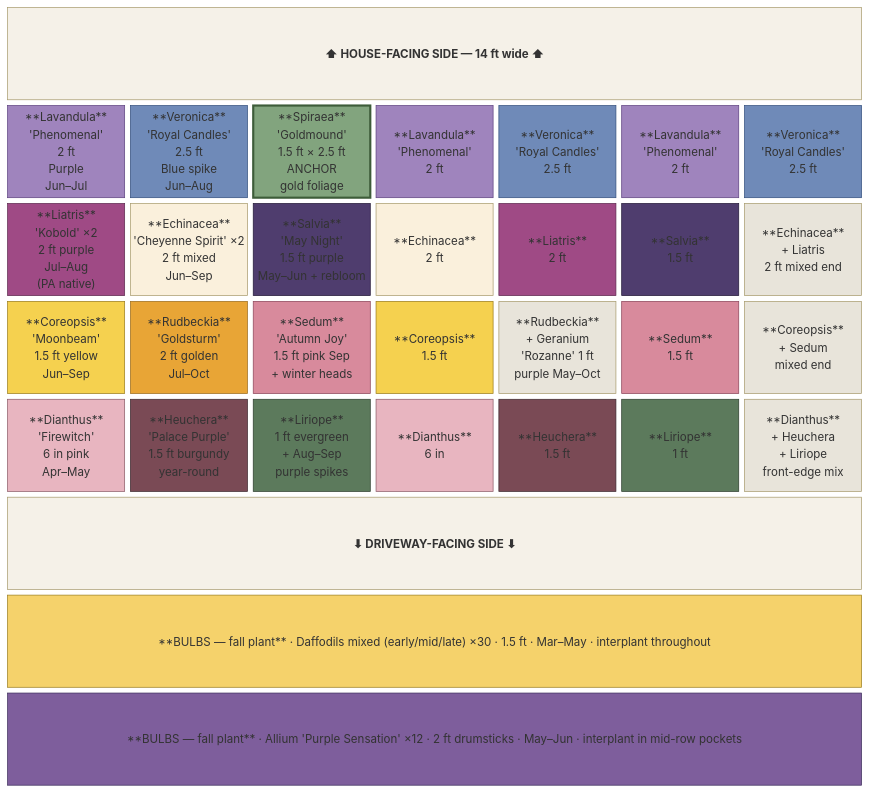
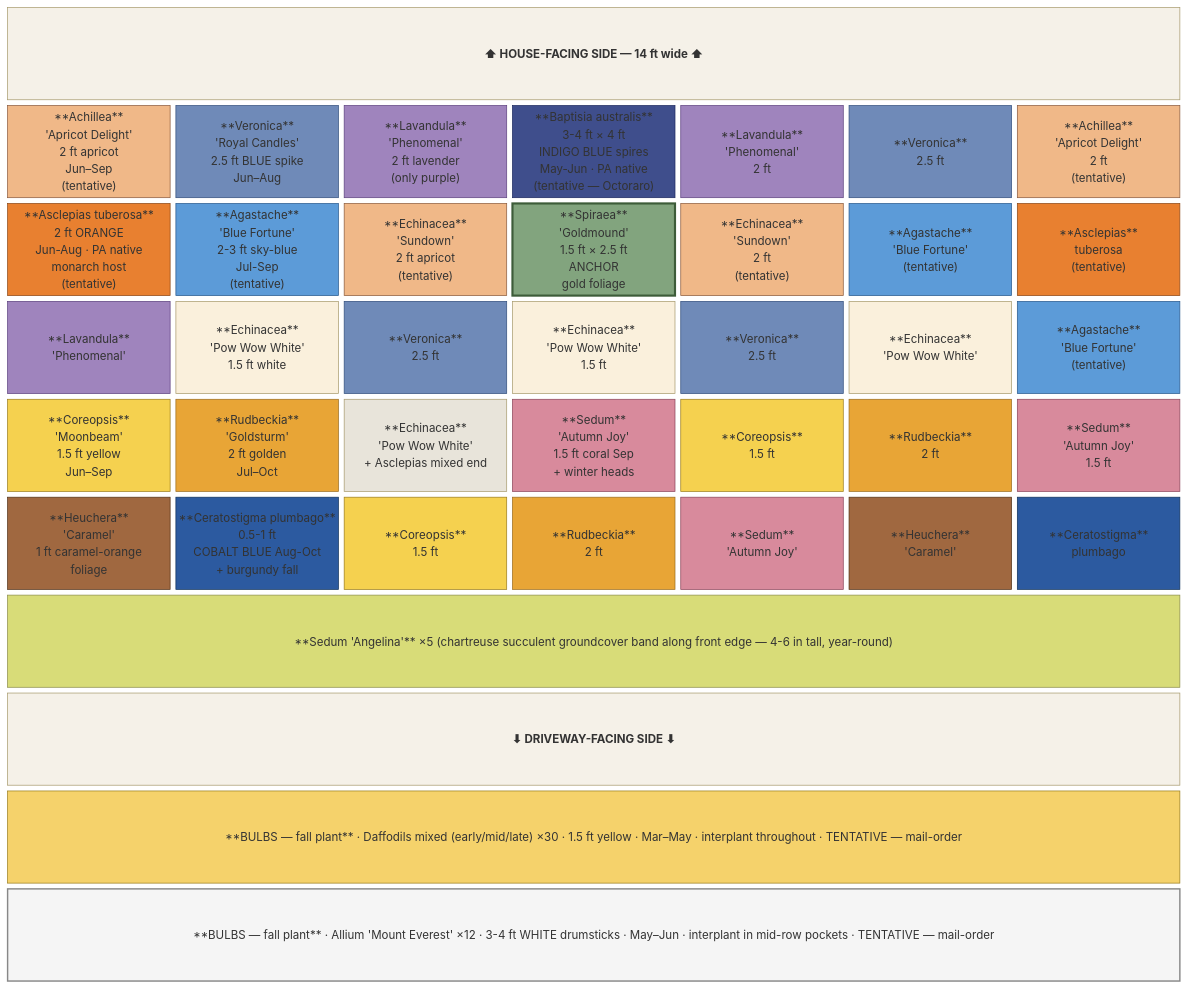
The diagram in plan_layouts/top_layout.mmd (jyaunches/groundplan), drawn with Mermaid before and after one commit. The commit also changed 4 other files, not shown here.

```diff
--- a/plan_layouts/top_layout.mmd
+++ b/plan_layouts/top_layout.mmd
@@ -1,94 +1,115 @@
 ---
-title: Top of driveway bed — 14 ft × 5 ft (drip irrigation possible)
+title: Top of driveway bed — 14 ft × 5 ft — revised palette (lavender + blue + apricot + yellow + white)
 ---
 block-beta
   columns 7
 
   house["⬆ HOUSE-FACING SIDE — 14 ft wide ⬆"]:7
 
-  tb1["**Lavandula**<br/>'Phenomenal'<br/>2 ft<br/>Purple<br/>Jun–Jul"]:1
-  tb2["**Veronica**<br/>'Royal Candles'<br/>2.5 ft<br/>Blue spike<br/>Jun–Aug"]:1
-  tb3["**Spiraea**<br/>'Goldmound'<br/>1.5 ft × 2.5 ft<br/>ANCHOR<br/>gold foliage"]:1
-  tb4["**Lavandula**<br/>'Phenomenal'<br/>2 ft"]:1
-  tb5["**Veronica**<br/>'Royal Candles'<br/>2.5 ft"]:1
-  tb6["**Lavandula**<br/>'Phenomenal'<br/>2 ft"]:1
-  tb7["**Veronica**<br/>'Royal Candles'<br/>2.5 ft"]:1
+  tb1["**Achillea**<br/>'Apricot Delight'<br/>2 ft apricot<br/>Jun–Sep<br/>(tentative)"]:1
+  tb2["**Veronica**<br/>'Royal Candles'<br/>2.5 ft BLUE spike<br/>Jun–Aug"]:1
+  tb3["**Lavandula**<br/>'Phenomenal'<br/>2 ft lavender<br/>(only purple)"]:1
+  tb4["**Baptisia australis**<br/>3-4 ft × 4 ft<br/>INDIGO BLUE spires<br/>May-Jun · PA native<br/>(tentative — Octoraro)"]:1
+  tb5["**Lavandula**<br/>'Phenomenal'<br/>2 ft"]:1
+  tb6["**Veronica**<br/>2.5 ft"]:1
+  tb7["**Achillea**<br/>'Apricot Delight'<br/>2 ft<br/>(tentative)"]:1
 
-  tm1["**Liatris**<br/>'Kobold' ×2<br/>2 ft purple<br/>Jul–Aug<br/>(PA native)"]:1
-  tm2["**Echinacea**<br/>'Cheyenne Spirit' ×2<br/>2 ft mixed<br/>Jun–Sep"]:1
-  tm3["**Salvia**<br/>'May Night'<br/>1.5 ft purple<br/>May–Jun + rebloom"]:1
-  tm4["**Echinacea**<br/>2 ft"]:1
-  tm5["**Liatris**<br/>2 ft"]:1
-  tm6["**Salvia**<br/>1.5 ft"]:1
-  tm7["**Echinacea**<br/>+ Liatris<br/>2 ft mixed end"]:1
+  tm1["**Asclepias tuberosa**<br/>2 ft ORANGE<br/>Jun-Aug · PA native<br/>monarch host<br/>(tentative)"]:1
+  tm2["**Agastache**<br/>'Blue Fortune'<br/>2-3 ft sky-blue<br/>Jul-Sep<br/>(tentative)"]:1
+  tm3["**Echinacea**<br/>'Sundown'<br/>2 ft apricot<br/>(tentative)"]:1
+  tm4["**Spiraea**<br/>'Goldmound'<br/>1.5 ft × 2.5 ft<br/>ANCHOR<br/>gold foliage"]:1
+  tm5["**Echinacea**<br/>'Sundown'<br/>2 ft<br/>(tentative)"]:1
+  tm6["**Agastache**<br/>'Blue Fortune'<br/>(tentative)"]:1
+  tm7["**Asclepias**<br/>tuberosa<br/>(tentative)"]:1
+
+  tm_b1["**Lavandula**<br/>'Phenomenal'"]:1
+  tm_b2["**Echinacea**<br/>'Pow Wow White'<br/>1.5 ft white"]:1
+  tm_b3["**Veronica**<br/>2.5 ft"]:1
+  tm_b4["**Echinacea**<br/>'Pow Wow White'<br/>1.5 ft"]:1
+  tm_b5["**Veronica**<br/>2.5 ft"]:1
+  tm_b6["**Echinacea**<br/>'Pow Wow White'"]:1
+  tm_b7["**Agastache**<br/>'Blue Fortune'<br/>(tentative)"]:1
 
   tmf1["**Coreopsis**<br/>'Moonbeam'<br/>1.5 ft yellow<br/>Jun–Sep"]:1
   tmf2["**Rudbeckia**<br/>'Goldsturm'<br/>2 ft golden<br/>Jul–Oct"]:1
-  tmf3["**Sedum**<br/>'Autumn Joy'<br/>1.5 ft pink Sep<br/>+ winter heads"]:1
-  tmf4["**Coreopsis**<br/>1.5 ft"]:1
-  tmf5["**Rudbeckia**<br/>+ Geranium<br/>'Rozanne' 1 ft<br/>purple May–Oct"]:1
-  tmf6["**Sedum**<br/>1.5 ft"]:1
-  tmf7["**Coreopsis**<br/>+ Sedum<br/>mixed end"]:1
+  tmf3["**Echinacea**<br/>'Pow Wow White'<br/>+ Asclepias mixed end"]:1
+  tmf4["**Sedum**<br/>'Autumn Joy'<br/>1.5 ft coral Sep<br/>+ winter heads"]:1
+  tmf5["**Coreopsis**<br/>1.5 ft"]:1
+  tmf6["**Rudbeckia**<br/>2 ft"]:1
+  tmf7["**Sedum**<br/>'Autumn Joy'<br/>1.5 ft"]:1
 
-  tf1["**Dianthus**<br/>'Firewitch'<br/>6 in pink<br/>Apr–May"]:1
-  tf2["**Heuchera**<br/>'Palace Purple'<br/>1.5 ft burgundy<br/>year-round"]:1
-  tf3["**Liriope**<br/>1 ft evergreen<br/>+ Aug–Sep<br/>purple spikes"]:1
-  tf4["**Dianthus**<br/>6 in"]:1
-  tf5["**Heuchera**<br/>1.5 ft"]:1
-  tf6["**Liriope**<br/>1 ft"]:1
-  tf7["**Dianthus**<br/>+ Heuchera<br/>+ Liriope<br/>front-edge mix"]:1
+  tff1["**Heuchera**<br/>'Caramel'<br/>1 ft caramel-orange<br/>foliage"]:1
+  tff2["**Ceratostigma plumbago**<br/>0.5-1 ft<br/>COBALT BLUE Aug-Oct<br/>+ burgundy fall"]:1
+  tff3["**Coreopsis**<br/>1.5 ft"]:1
+  tff4["**Rudbeckia**<br/>2 ft"]:1
+  tff5["**Sedum**<br/>'Autumn Joy'"]:1
+  tff6["**Heuchera**<br/>'Caramel'"]:1
+  tff7["**Ceratostigma**<br/>plumbago"]:1
+
+  tf1["**Sedum 'Angelina'** ×5 (chartreuse succulent groundcover band along front edge — 4-6 in tall, year-round)"]:7
 
   drive["⬇ DRIVEWAY-FACING SIDE ⬇"]:7
 
-  bulbD["**BULBS — fall plant** · Daffodils mixed (early/mid/late) ×30 · 1.5 ft · Mar–May · interplant throughout"]:7
-  bulbA["**BULBS — fall plant** · Allium 'Purple Sensation' ×12 · 2 ft drumsticks · May–Jun · interplant in mid-row pockets"]:7
+  bulbD["**BULBS — fall plant** · Daffodils mixed (early/mid/late) ×30 · 1.5 ft yellow · Mar–May · interplant throughout · TENTATIVE — mail-order"]:7
+  bulbA["**BULBS — fall plant** · Allium 'Mount Everest' ×12 · 3-4 ft WHITE drumsticks · May–Jun · interplant in mid-row pockets · TENTATIVE — mail-order"]:7
 
   classDef shrub fill:#82A47E,stroke:#3D5C39,color:#fff,stroke-width:3px
   classDef lavender fill:#9F84BD,stroke:#5E4380,color:#fff
-  classDef sedum fill:#D88A9C,stroke:#8C465A,color:#fff
-  classDef echinacea fill:#FAF0DC,stroke:#A89B6E,color:#3D3520
-  classDef dianthus fill:#E8B5C0,stroke:#8C5C68,color:#3D2028
+  classDef sedumAJ fill:#D88A9C,stroke:#8C465A,color:#fff
+  classDef sedumAng fill:#D8DC78,stroke:#8C8E48,color:#3D3D14
+  classDef echinaceaW fill:#FAF0DC,stroke:#A89B6E,color:#3D3520
+  classDef echinaceaA fill:#F0B888,stroke:#8C5C3E,color:#3D2810
+  classDef achillea fill:#F0B888,stroke:#8C5C3E,color:#3D2810
   classDef bulbDaff fill:#F5D26B,stroke:#9C7E1E,color:#3D2D08
-  classDef bulbAll fill:#7E5E9C,stroke:#3E2E5C,color:#fff
+  classDef bulbAll fill:#F5F5F5,stroke:#888888,color:#3D3D3D,stroke-width:2px
   classDef coreopsis fill:#F5D14F,stroke:#9C7E1E,color:#3D2D08
   classDef rudbeckia fill:#E8A536,stroke:#9C6E20,color:#fff
-  classDef salvia fill:#4F3D6E,stroke:#241A38,color:#fff
   classDef veronica fill:#6F8AB8,stroke:#34507E,color:#fff
-  classDef heuchera fill:#7A4A55,stroke:#3E2A30,color:#fff
-  classDef liatris fill:#9F4A85,stroke:#5E2A50,color:#fff
-  classDef liriope fill:#5C7A5C,stroke:#2E3E2E,color:#fff
+  classDef agastache fill:#5C9BD8,stroke:#2A5A8E,color:#fff
+  classDef baptisia fill:#3F4E8C,stroke:#1E2A60,color:#fff
+  classDef ceratostigma fill:#2C5AA0,stroke:#10325C,color:#fff
+  classDef asclepias fill:#E88030,stroke:#8C4818,color:#fff
+  classDef heucheraC fill:#A06840,stroke:#523218,color:#fff
   classDef header fill:#F5F1E8,stroke:#A89B6E,color:#3D3520,font-weight:bold
   classDef mixed fill:#E8E4DA,stroke:#A89B6E,color:#3D3520
 
-  class tb3 shrub
-  class tb1 lavender
-  class tb4 lavender
-  class tb6 lavender
+  class tb1 achillea
+  class tb7 achillea
   class tb2 veronica
-  class tb5 veronica
-  class tb7 veronica
-  class tm1 liatris
-  class tm5 liatris
-  class tm2 echinacea
-  class tm4 echinacea
-  class tm3 salvia
-  class tm6 salvia
-  class tm7 mixed
+  class tb6 veronica
+  class tb3 lavender
+  class tb5 lavender
+  class tb4 baptisia
+  class tm1 asclepias
+  class tm7 asclepias
+  class tm2 agastache
+  class tm6 agastache
+  class tm3 echinaceaA
+  class tm5 echinaceaA
+  class tm4 shrub
+  class tm_b1 lavender
+  class tm_b2 echinaceaW
+  class tm_b3 veronica
+  class tm_b4 echinaceaW
+  class tm_b5 veronica
+  class tm_b6 echinaceaW
+  class tm_b7 agastache
   class tmf1 coreopsis
-  class tmf4 coreopsis
+  class tmf5 coreopsis
   class tmf2 rudbeckia
-  class tmf3 sedum
-  class tmf6 sedum
-  class tmf5 mixed
-  class tmf7 mixed
-  class tf1 dianthus
-  class tf4 dianthus
-  class tf2 heuchera
-  class tf5 heuchera
-  class tf3 liriope
-  class tf6 liriope
-  class tf7 mixed
+  class tmf6 rudbeckia
+  class tmf3 mixed
+  class tmf4 sedumAJ
+  class tmf7 sedumAJ
+  class tff1 heucheraC
+  class tff6 heucheraC
+  class tff2 ceratostigma
+  class tff7 ceratostigma
+  class tff3 coreopsis
+  class tff4 rudbeckia
+  class tff5 sedumAJ
+  class tf1 sedumAng
   class house header
   class drive header
   class bulbD bulbDaff
   class bulbA bulbAll
```
